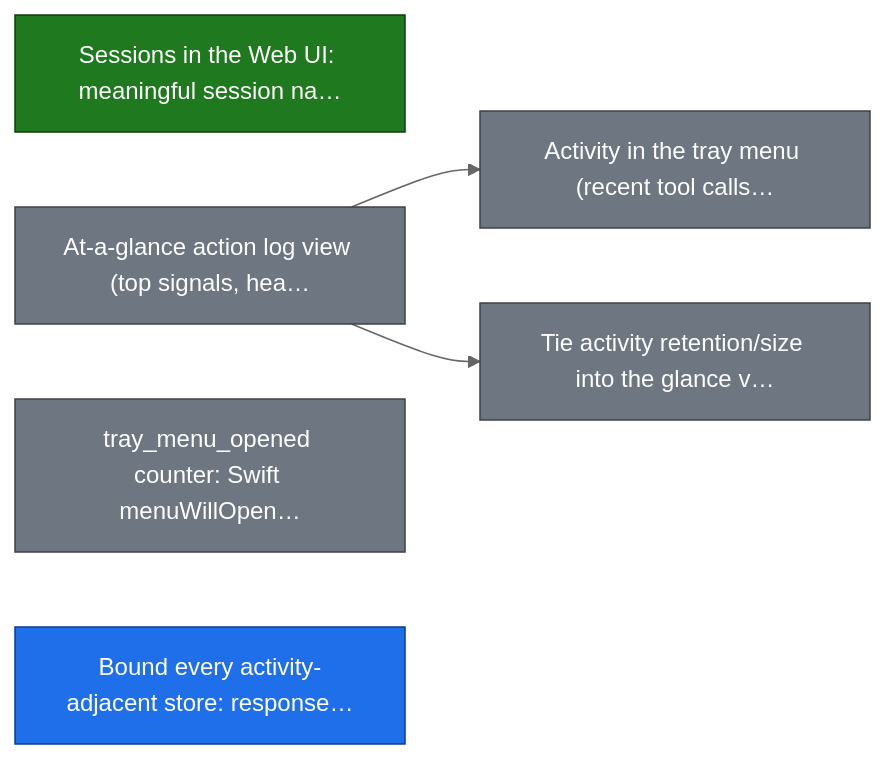
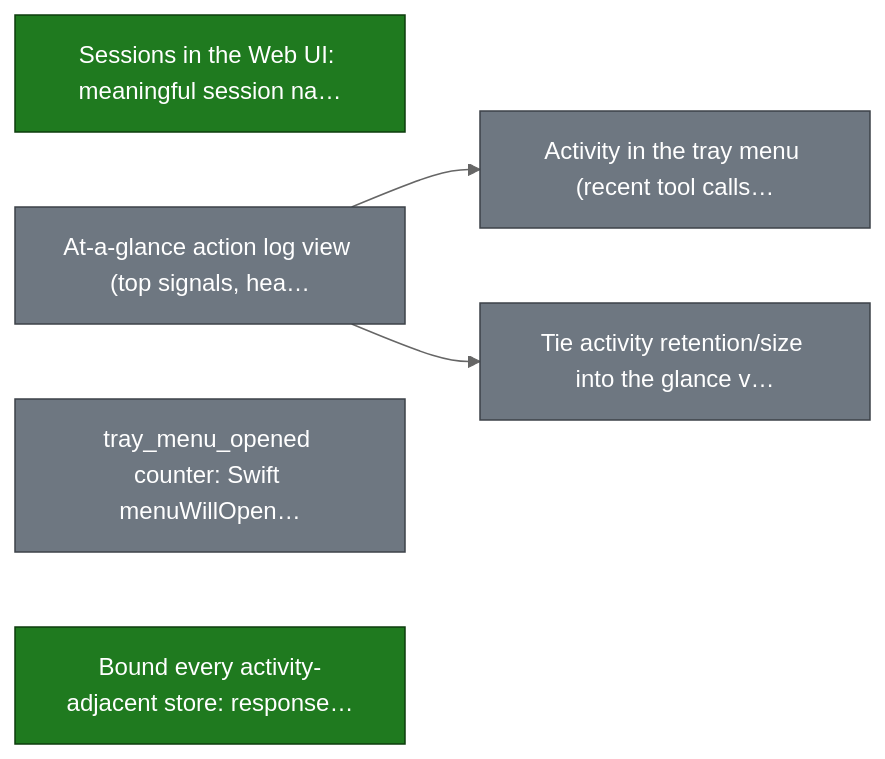
One commit to smart-mcp-proxy/mcpproxy-go changed the fourth of 23 diagrams in ROADMAP.md. Above: the diagram before and after it, drawn with Mermaid (neutral theme). The commit also changed other lines of this file and 6 other files, not shown here.

````diff
--- a/ROADMAP.md
+++ b/ROADMAP.md
@@ -174,19 +180,17 @@
 ```mermaid
 graph LR
   sessions_web_ui["Sessions in the Web UI: meaningful session na…"]
   action_log_glance_view["At-a-glance action log view (top signals, hea…"]
   action_log_tray_menu["Activity in the tray menu (recent tool calls…"]
   tray_menu_open_telemetry["tray_menu_opened counter: Swift menuWillOpen…"]
   action_log_retention_tie_in["Tie activity retention/size into the glance v…"]
   activity_storage_bounds["Bound every activity-adjacent store: response…"]
 
   action_log_glance_view --> action_log_tray_menu
   action_log_glance_view --> action_log_retention_tie_in
 
   classDef done fill:#1f7a1f,stroke:#0d3d0d,color:#ffffff;
-  classDef in_progress fill:#1f6feb,stroke:#0b3d91,color:#ffffff;
   classDef todo fill:#6e7781,stroke:#3d4248,color:#ffffff;
-  class sessions_web_ui done;
-  class activity_storage_bounds in_progress;
+  class sessions_web_ui,activity_storage_bounds done;
   class action_log_glance_view,action_log_tray_menu,tray_menu_open_telemetry,action_log_retention_tie_in todo;
 ```
````
